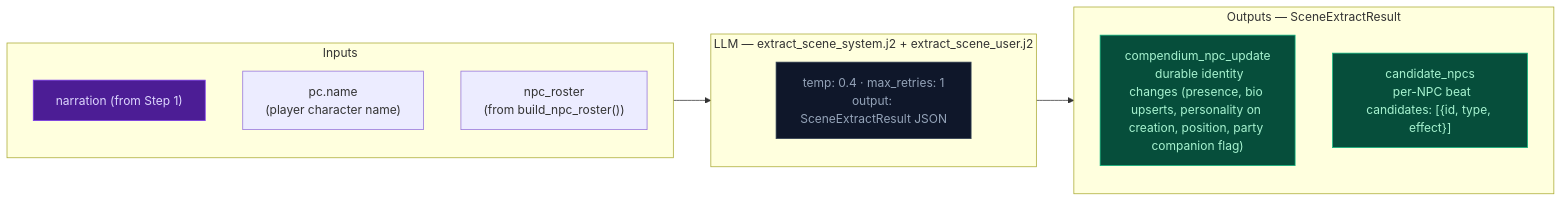
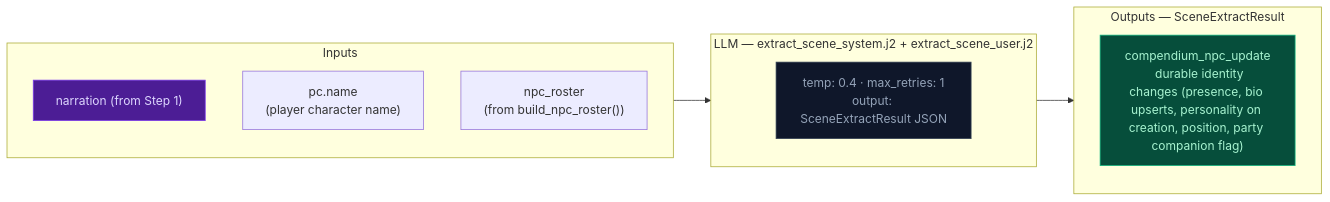
Before and after one commit to pww217/fablethread: the diagram in docs/architecture/step2a-scene.md, drawn with Mermaid. The commit also changed other lines of this file and 16 other files, not shown here.

````diff
--- a/docs/architecture/step2a-scene.md
+++ b/docs/architecture/step2a-scene.md
@@ -7,24 +7,23 @@
 ```mermaid
 flowchart LR
     classDef llmNode fill:#0f172a,color:#94a3b8,stroke:#334155
     classDef xstream fill:#4c1d95,color:#ddd6fe,stroke:#7c3aed
     classDef outNode fill:#064e3b,color:#a7f3d0,stroke:#10b981
 
     subgraph IN["Inputs"]
         S1["narration (from Step 1)"]:::xstream
         S2["pc.name<br>(player character name)"]
         S3["npc_roster<br>(from build_npc_roster())"]
     end
 
     subgraph LLM2A["LLM — extract_scene_system.j2 + extract_scene_user.j2"]
         SL["temp: 0.4 · max_retries: 1<br>output: SceneExtractResult JSON"]:::llmNode
     end
 
     subgraph OUT["Outputs — SceneExtractResult"]
         O1["compendium_npc_update<br>  durable identity changes (presence, bio upserts, personality on creation, position, party companion flag)"]:::outNode
-        O2["candidate_npcs<br>  per-NPC beat candidates: [{id, type, effect}]"]:::outNode
     end
 
     IN --> LLM2A
     LLM2A --> OUT
 ```
````
